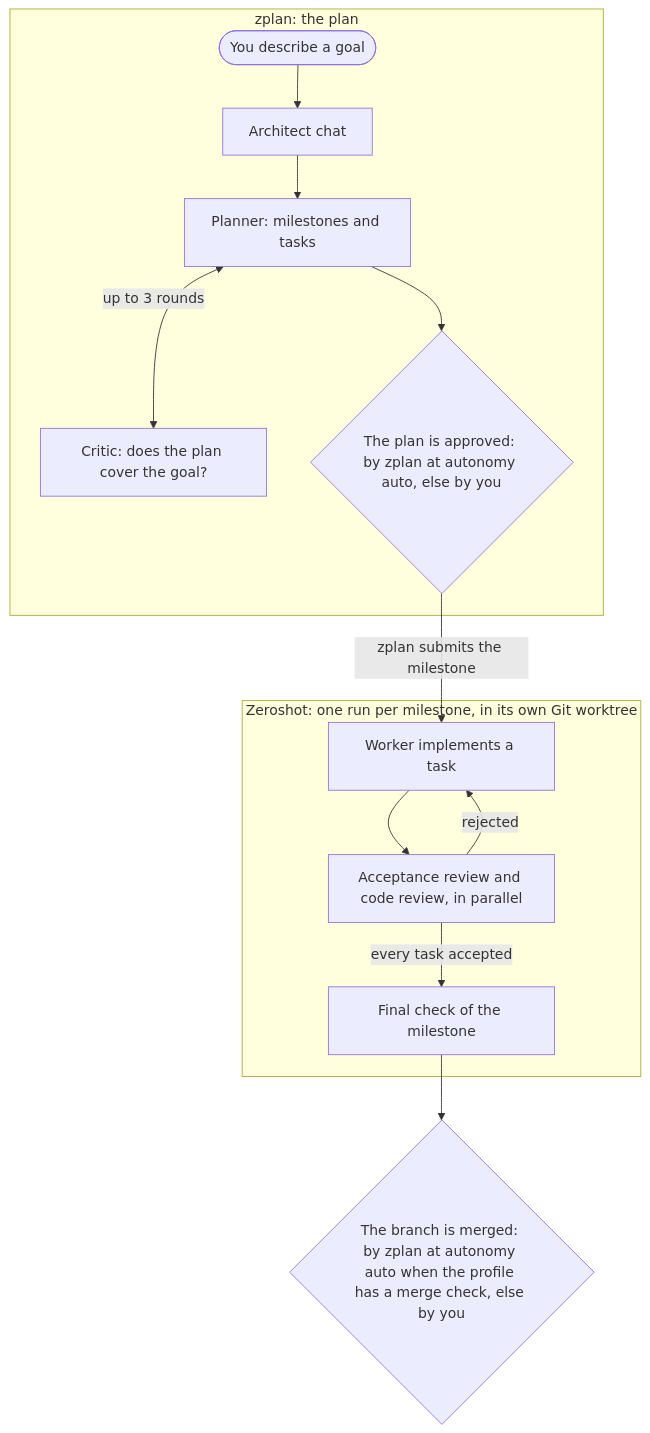
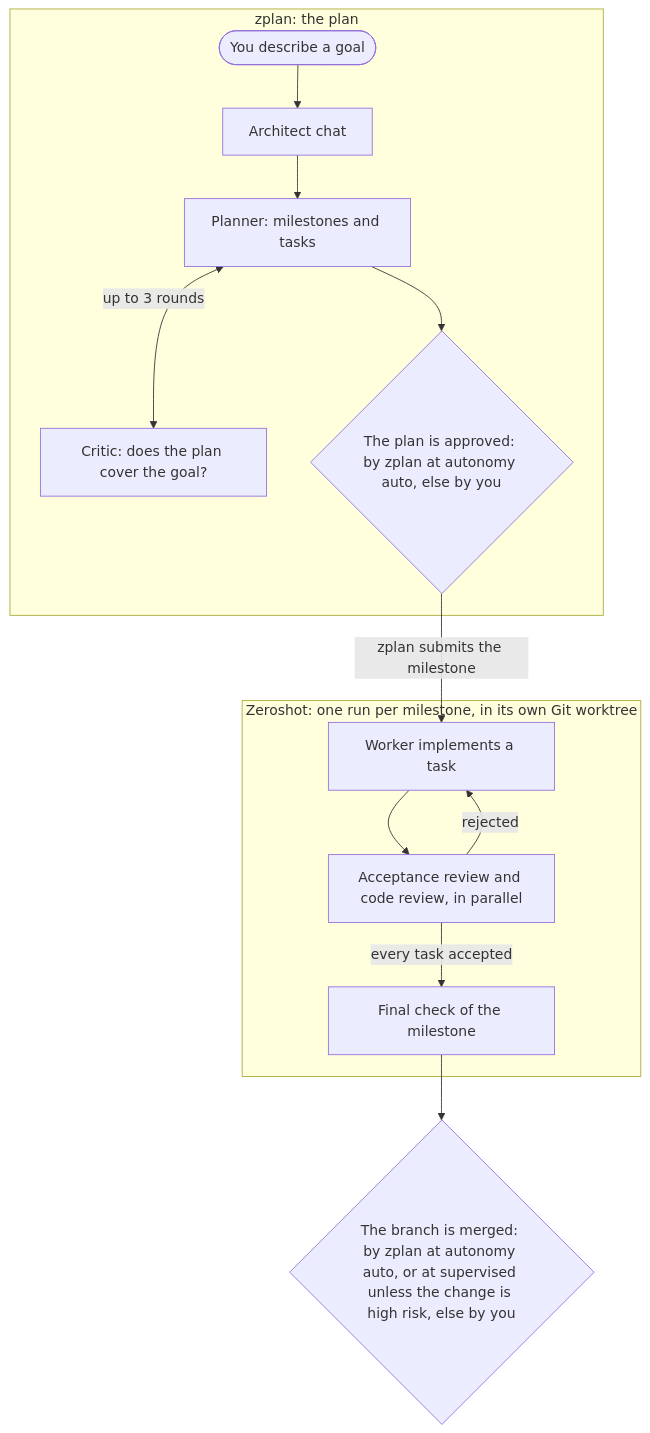
The diagram in README.md (pinkynail228/zeroplan), drawn with Mermaid before and after one commit. The commit also changed other lines of this file and 88 other files, not shown here.

````diff
--- a/README.md
+++ b/README.md
@@ -41,16 +41,16 @@
 ```mermaid
 flowchart TD
   subgraph P [zplan: the plan]
     A([You describe a goal]) --> B[Architect chat]
     B --> C[Planner: milestones and tasks]
     C <-->|up to 3 rounds| D[Critic: does the plan cover the goal?]
     C --> E{The plan is approved: by zplan at autonomy auto, else by you}
   end
   subgraph Z [Zeroshot: one run per milestone, in its own Git worktree]
     G[Worker implements a task] --> H[Acceptance review and code review, in parallel]
     H -->|rejected| G
     H -->|every task accepted| I[Final check of the milestone]
   end
   E -->|zplan submits the milestone| G
-  I --> J{The branch is merged: by zplan at autonomy auto when the profile has a merge check, else by you}
+  I --> J{The branch is merged: by zplan at autonomy auto, or at supervised unless the change is high risk, else by you}
 ```
````
